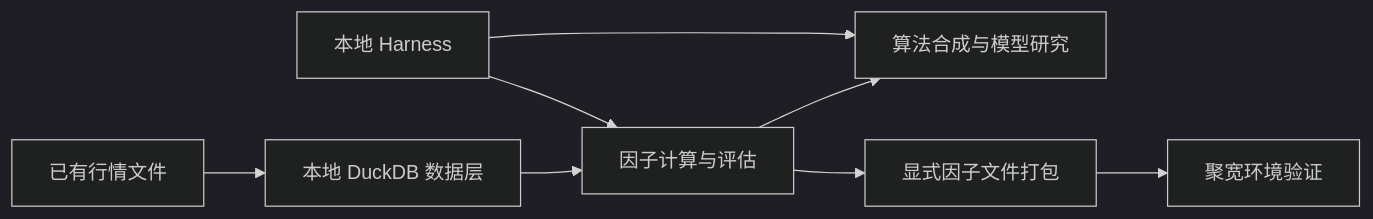
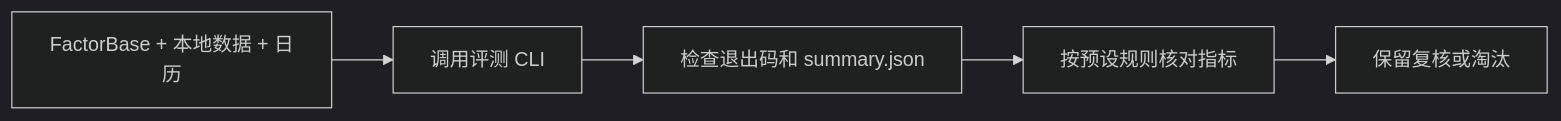
Before and after one commit to GSX-Eis/jq-factor-lab: the diagram in README.zh-CN.md, drawn with Mermaid (dark theme). The commit also changed other lines of this file and 113 other files, not shown here.

````diff
--- a/README.zh-CN.md
+++ b/README.zh-CN.md
@@ -21,10 +93,7 @@
 ```mermaid
 flowchart LR
-    A[已有行情文件] --> B[本地 DuckDB 数据层]
-    B --> C[因子计算与评估]
-    C --> D[算法合成与模型研究]
-    H[本地 Harness] --> C
-    H --> D
-    C --> E[显式因子文件打包]
-    E --> F[聚宽环境验证]
+    A["FactorBase + 本地数据 + 日历"] --> B["调用评测 CLI"]
+    B --> C["检查退出码和 summary.json"]
+    C --> D["按预设规则核对指标"]
+    D --> E["保留复核或淘汰"]
 ```
````
